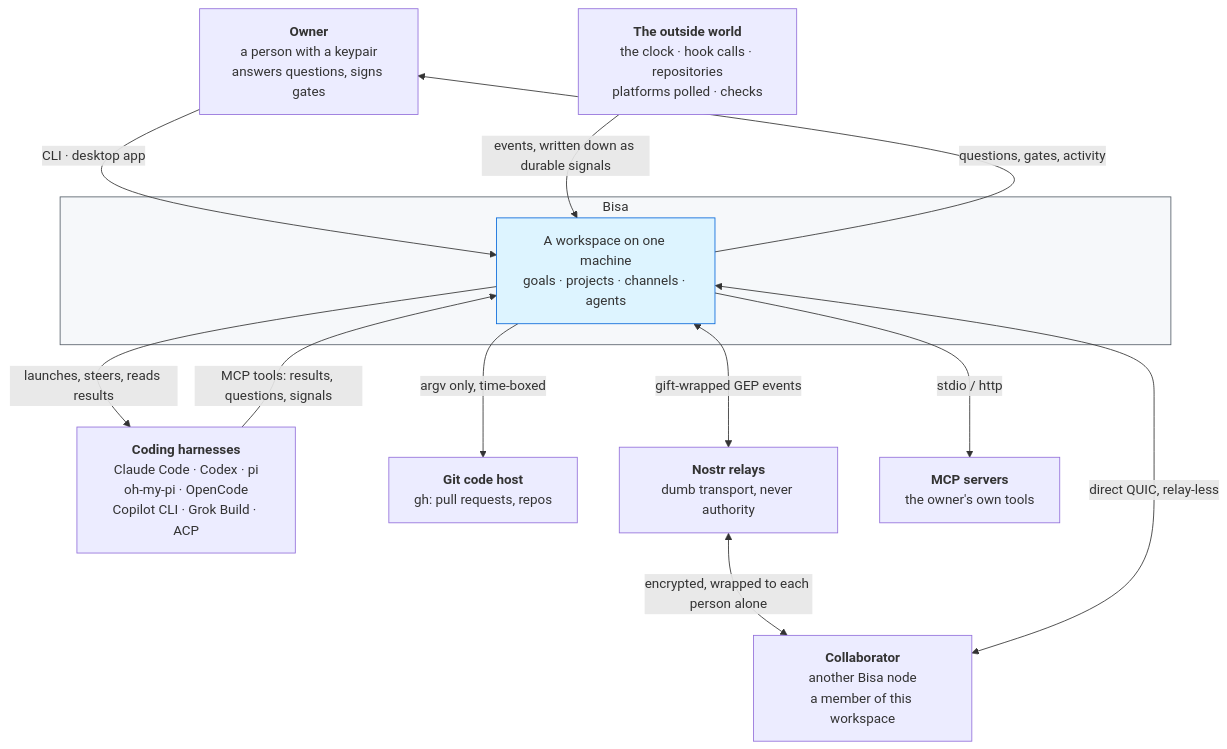
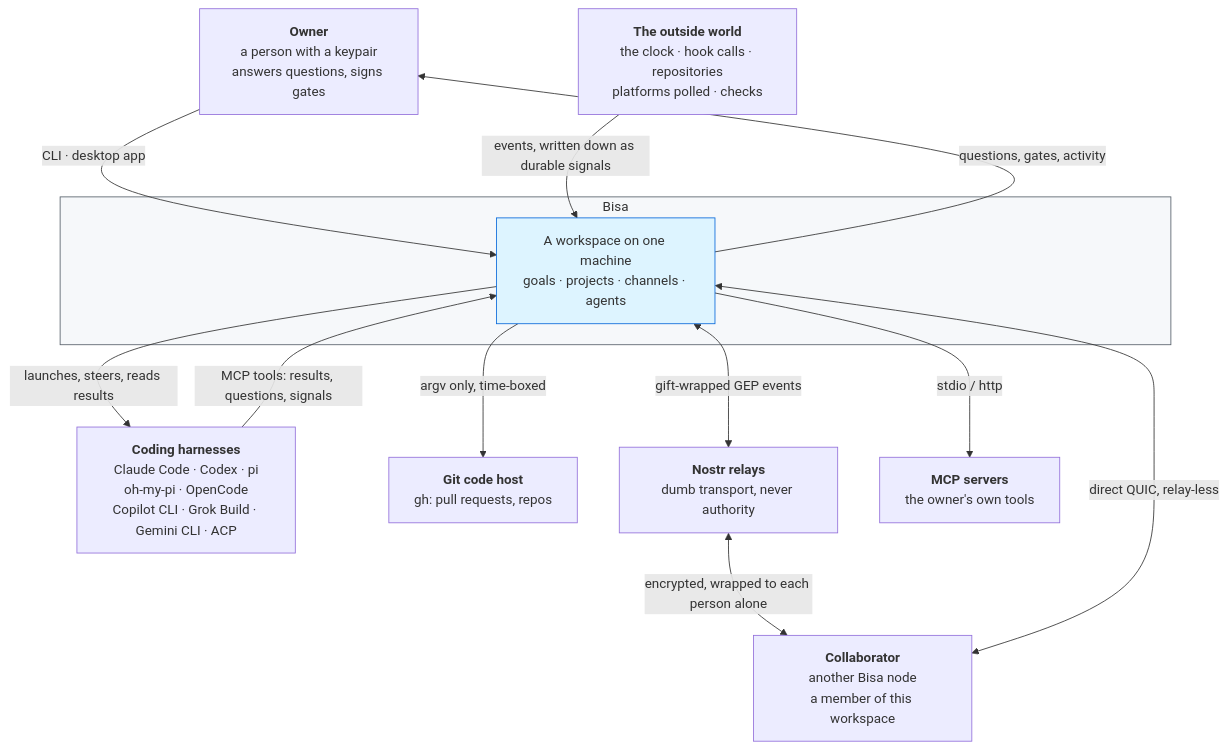
One commit to mourad-ghafiri/Bisa changed the first of 2 diagrams in docs/architecture/01-context.md. Above: the diagram before and after it, drawn with Mermaid. The commit also changed 67 other files, not shown here.

First line of the commit message:
Add Gemini CLI as an ACP harness

````diff
--- a/docs/architecture/01-context.md
+++ b/docs/architecture/01-context.md
@@ -10,31 +10,31 @@
 ```mermaid
 graph TB
     owner["<b>Owner</b><br/>a person with a keypair<br/>answers questions, signs gates"]
     peer["<b>Collaborator</b><br/>another Bisa node<br/>a member of this workspace"]
 
     subgraph sys["Bisa"]
         core["A workspace on one machine<br/>goals · projects · channels · agents"]
     end
 
-    harness["<b>Coding harnesses</b><br/>Claude Code · Codex · pi<br/>oh-my-pi · OpenCode<br/>Copilot CLI · Grok Build · ACP"]
+    harness["<b>Coding harnesses</b><br/>Claude Code · Codex · pi<br/>oh-my-pi · OpenCode<br/>Copilot CLI · Grok Build · Gemini CLI · ACP"]
     codehost["<b>Git code host</b><br/>gh: pull requests, repos"]
     relays["<b>Nostr relays</b><br/>dumb transport, never authority"]
     ext["<b>The outside world</b><br/>the clock · hook calls · repositories<br/>platforms polled · checks"]
     mcpsrv["<b>MCP servers</b><br/>the owner's own tools"]
 
     owner -->|"CLI · desktop app"| core
     core -->|"questions, gates, activity"| owner
 
     core -->|"launches, steers, reads results"| harness
     harness -->|"MCP tools: results, questions, signals"| core
 
     core -->|"argv only, time-boxed"| codehost
     core <-->|"gift-wrapped GEP events"| relays
     relays <-->|"encrypted, wrapped to each person alone"| peer
     core <-->|"direct QUIC, relay-less"| peer
     ext -->|"events, written down as durable signals"| core
     core -->|"stdio / http"| mcpsrv
 
     style sys fill:#f6f8fa,stroke:#57606a
     style core fill:#ddf4ff,stroke:#0969da
 ```
````
